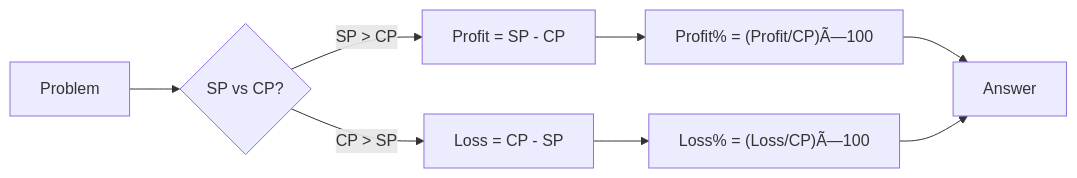
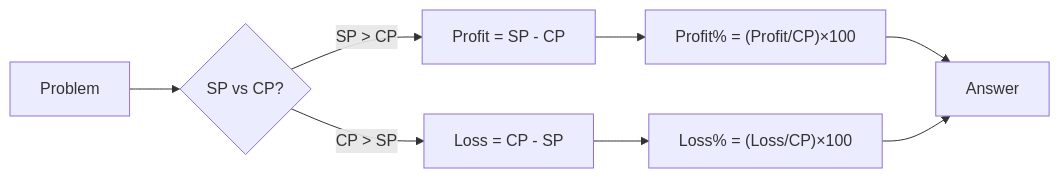
The second of 11 diagrams in docs/courses/quantitative-aptitude/01-arithmetic-foundation.md (Raushan666java/ai-engineering-journey), drawn with Mermaid before and after one commit. The commit also changed other lines of this file and 965 other files, not shown here.

````diff
--- a/docs/courses/quantitative-aptitude/01-arithmetic-foundation.md
+++ b/docs/courses/quantitative-aptitude/01-arithmetic-foundation.md
@@ -252,10 +252,10 @@
 ```mermaid
 flowchart LR
     A["Problem"] --> B{"SP vs CP?"}
     B -->|"SP > CP"| C["Profit = SP - CP"]
     B -->|"CP > SP"| D["Loss = CP - SP"]
-    C --> E["Profit% = (Profit/CP)Ã—100"]
-    D --> F["Loss% = (Loss/CP)Ã—100"]
+    C --> E["Profit% = (Profit/CP)×100"]
+    D --> F["Loss% = (Loss/CP)×100"]
     E --> G["Answer"]
     F --> G
 ```
````
